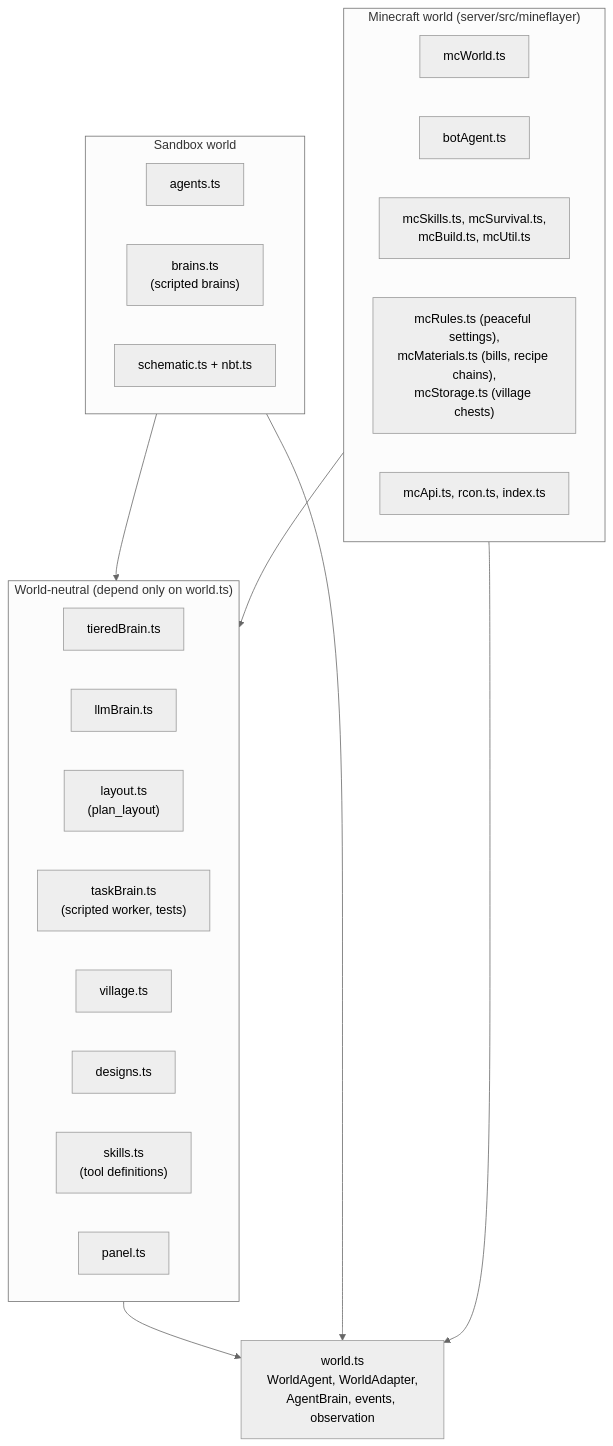
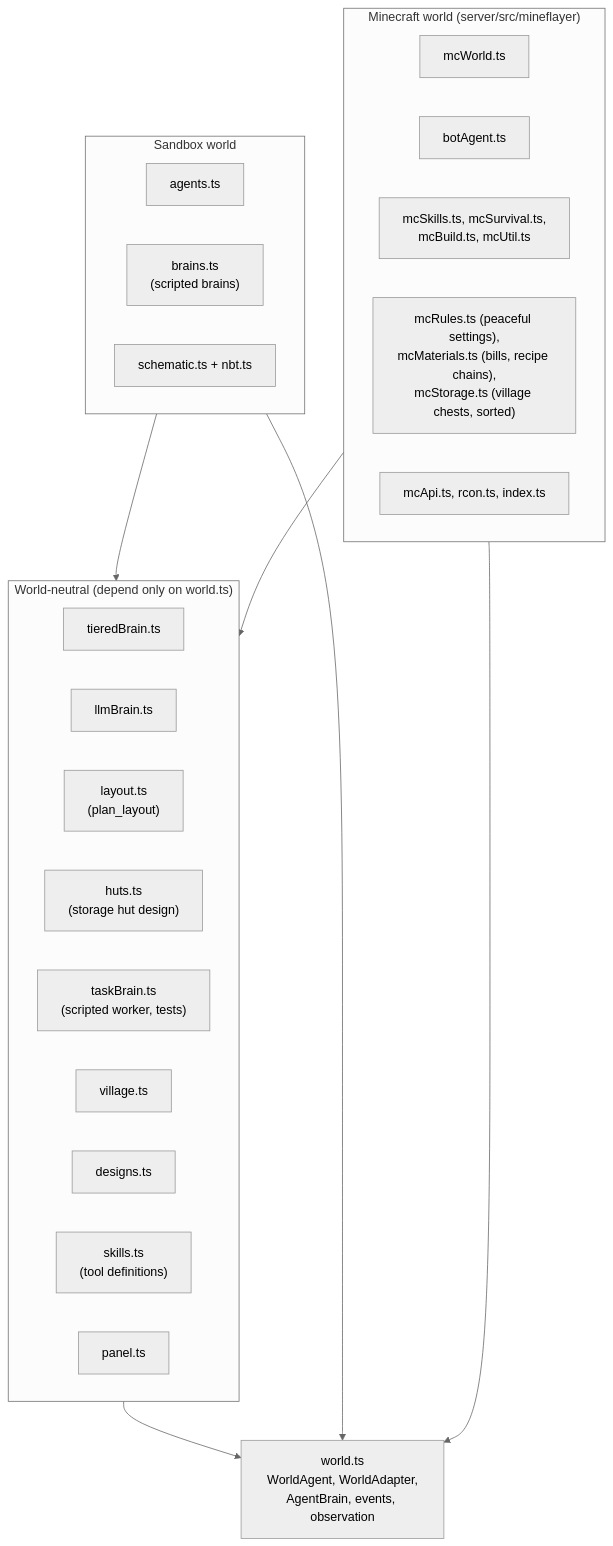
Before and after one commit to delphium226/MCAISandbox: the third of 12 diagrams in docs/ARCHITECTURE.md, drawn with Mermaid (neutral theme). The commit also changed other lines of this file and 14 other files, not shown here.

First line of the commit message:
Storage hut and sorted storage (plan steps V.1 + V.2, staged tests)

````diff
--- a/docs/ARCHITECTURE.md
+++ b/docs/ARCHITECTURE.md
@@ -134,31 +134,32 @@
 ```mermaid
 flowchart TB
   subgraph neutral["World-neutral (depend only on world.ts)"]
     tiered["tieredBrain.ts"]
     llm["llmBrain.ts"]
     layoutts["layout.ts<br/>(plan_layout)"]
+    huts["huts.ts<br/>(storage hut design)"]
     taskb["taskBrain.ts<br/>(scripted worker, tests)"]
     village["village.ts"]
     designs["designs.ts"]
     skills["skills.ts<br/>(tool definitions)"]
     panelts["panel.ts"]
   end
   world["world.ts<br/>WorldAgent, WorldAdapter,<br/>AgentBrain, events, observation"]
   subgraph sandbox["Sandbox world"]
     agents["agents.ts"]
     brains["brains.ts<br/>(scripted brains)"]
     schematic["schematic.ts + nbt.ts"]
   end
   subgraph minecraft["Minecraft world (server/src/mineflayer)"]
     mcworld["mcWorld.ts"]
     bot["botAgent.ts"]
     mcskills["mcSkills.ts, mcSurvival.ts,<br/>mcBuild.ts, mcUtil.ts"]
-    mcecon["mcRules.ts (peaceful settings),<br/>mcMaterials.ts (bills, recipe chains),<br/>mcStorage.ts (village chests)"]
+    mcecon["mcRules.ts (peaceful settings),<br/>mcMaterials.ts (bills, recipe chains),<br/>mcStorage.ts (village chests, sorted)"]
     mcapi["mcApi.ts, rcon.ts, index.ts"]
   end
   neutral --> world
   sandbox --> world
   minecraft --> world
   sandbox --> neutral
   minecraft --> neutral
 ```
````
